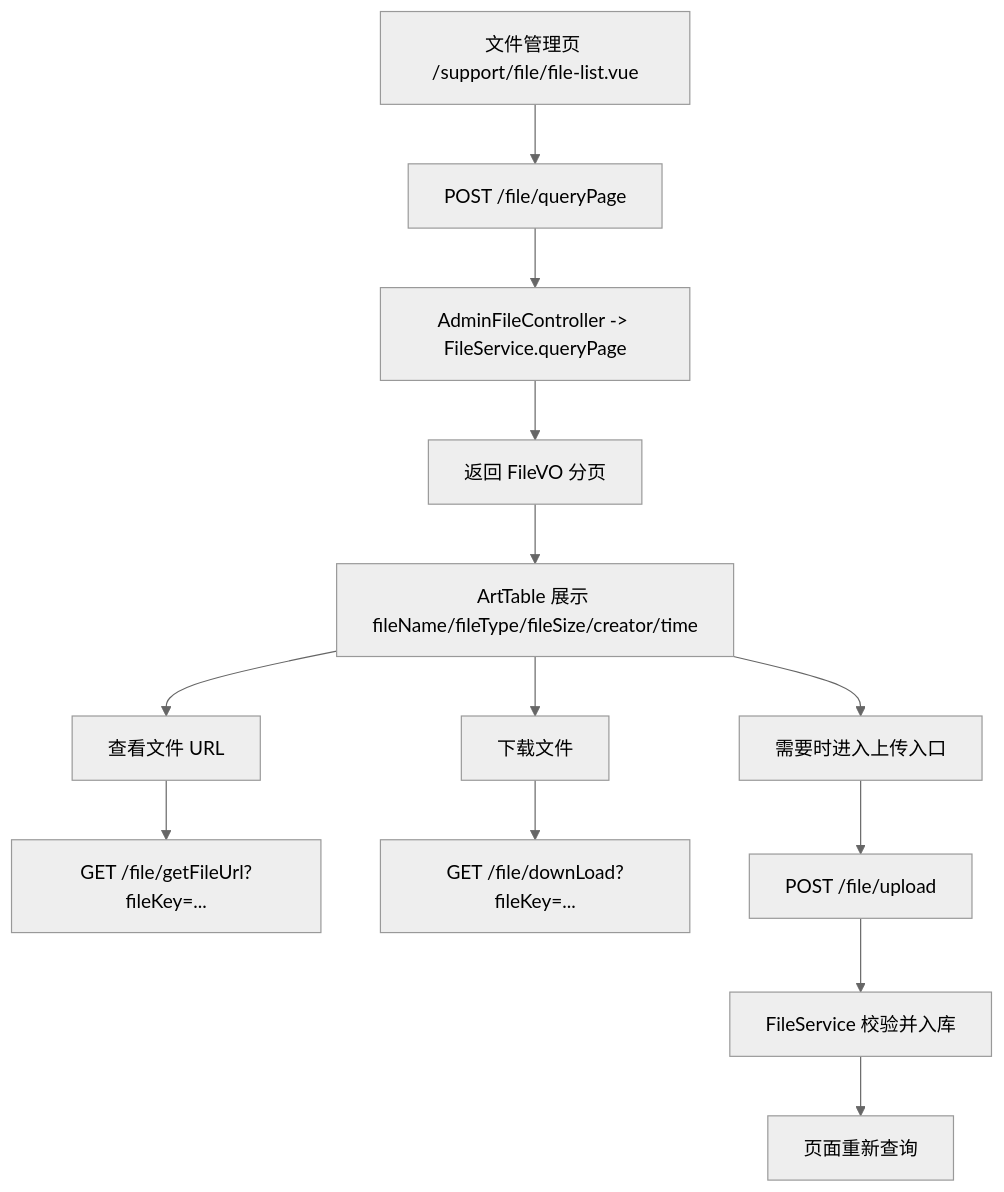
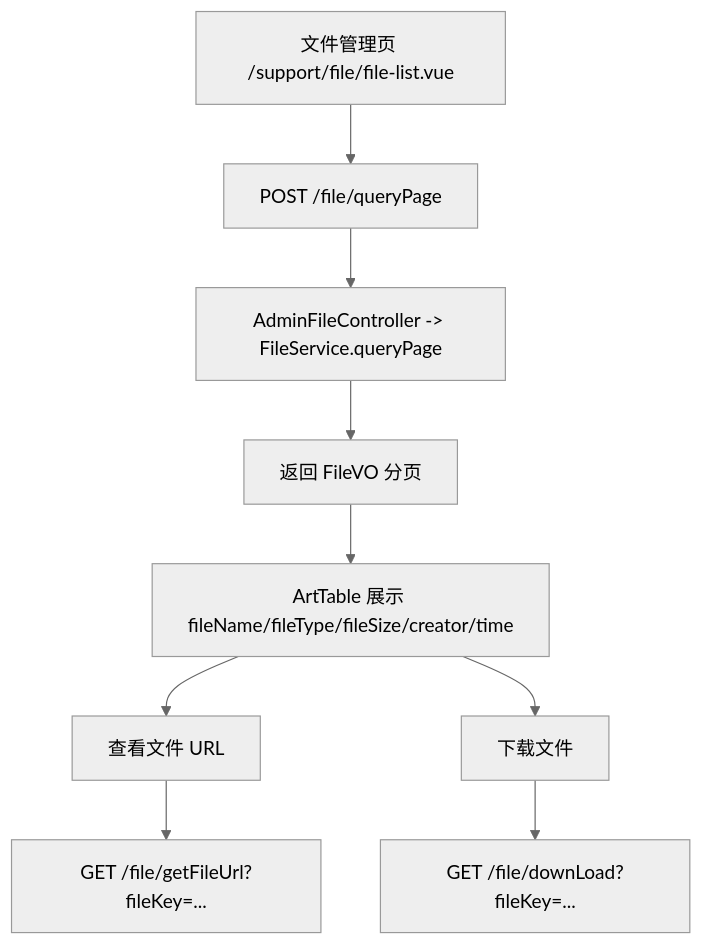
Before and after one commit to TDXM1001/hunyuan-pro: the sixth of 12 diagrams in docs/superpowers/specs/2026-07-04-system-settings-integration-design.md, drawn with Mermaid (neutral theme). The commit also changed other lines of this file, not shown here.

````diff
--- a/docs/superpowers/specs/2026-07-04-system-settings-integration-design.md
+++ b/docs/superpowers/specs/2026-07-04-system-settings-integration-design.md
@@ -304,15 +342,11 @@
 ```mermaid
 flowchart TD
   A["文件管理页 /support/file/file-list.vue"] --> B["POST /file/queryPage"]
   B --> C["AdminFileController -> FileService.queryPage"]
   C --> D["返回 FileVO 分页"]
   D --> E["ArtTable 展示 fileName/fileType/fileSize/creator/time"]
   E --> F["查看文件 URL"]
   F --> G["GET /file/getFileUrl?fileKey=..."]
   E --> H["下载文件"]
   H --> I["GET /file/downLoad?fileKey=..."]
-  E --> J["需要时进入上传入口"]
-  J --> K["POST /file/upload"]
-  K --> L["FileService 校验并入库"]
-  L --> M["页面重新查询"]
 ```
````
